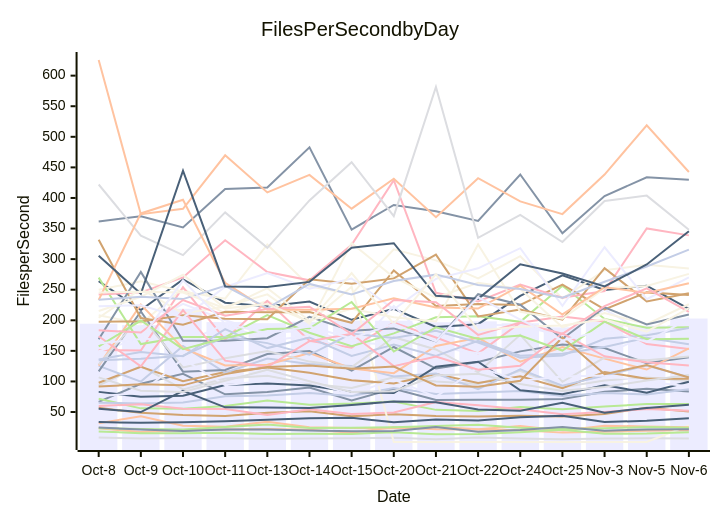
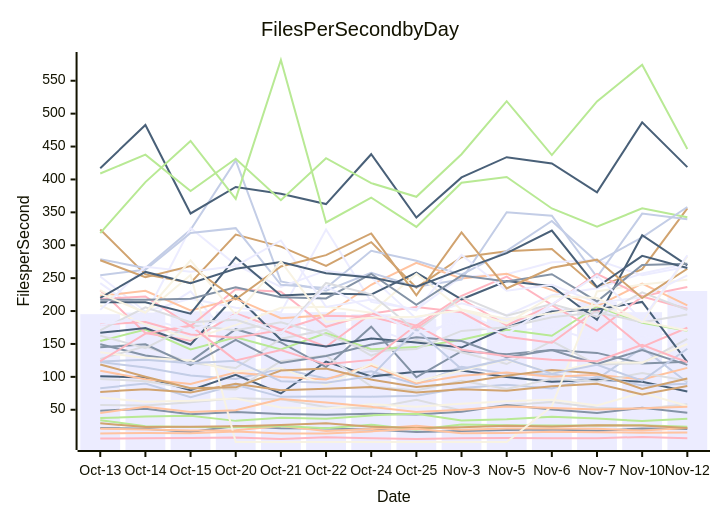
The diagram in perf-report.md (streetsidesoftware/cspell), drawn with Mermaid before and after one commit. The commit also changed other lines of this file and 2 other files, not shown here.

````diff
--- a/perf-report.md
+++ b/perf-report.md
@@ -11,57 +11,57 @@
 ```mermaid
 xychart-beta
     title Files Per Second by Day
     y-axis Files per Second
-    x-axis Date [Oct-8, Oct-9, Oct-10, Oct-11, Oct-13, Oct-14, Oct-15, Oct-20, Oct-21, Oct-22, Oct-24, Oct-25, Nov-3, Nov-5, Nov-6]
-    bar [194.39, 192.05, 218.83, 197.10, 195.24, 197.65, 199.65, 199.37, 196.79, 198.31, 195.08, 188.50, 197.53, 191.30, 202.86]
-    line [66.65, 96.25, 112.51, 78.91, 82.77, 89.92, 69.05, 88.06, 69.61, 70.25, 69.88, 71.42, 83.10, 87.87, 83.44]
-    line [23.58, 17.31, 20.37, 21.44, 22.38, 20.97, 16.04, 25.16, 22.03, 21.51, 20.05, 16.33, 17.58, 19.22, 20.03]
-    line [8.18, 6.76, 7.44, 7.30, 6.32, 6.65, 7.26, 7.96, 5.55, 8.36, 6.66, 5.63, 6.55, 6.95, 6.86]
-    line [71.61, 56.00, 55.29, 59.99, 68.80, 62.02, 63.75, 67.15, 53.54, 51.87, 58.31, 54.40, 59.05, 63.00, 62.96]
-    line [56.81, 48.66, 45.19, 43.33, 48.66, 51.39, 43.09, 46.53, 43.54, 42.59, 43.99, 42.66, 46.86, 57.12, 50.91]
-    line [65.37, 64.09, 65.74, 75.83, 77.12, 81.28, 76.22, 89.41, 79.60, 82.04, 84.51, 76.34, 81.22, 78.86, 87.10]
-    line [59.94, 62.62, 55.56, 54.77, 45.21, 54.60, 46.67, 49.27, 66.25, 61.14, 54.40, 46.46, 50.11, 54.79, 52.14]
-    line [264.14, 216.71, 266.75, 228.80, 223.08, 230.72, 200.81, 218.77, 189.13, 193.68, 239.98, 273.35, 249.43, 256.58, 218.78]
-    line [208.25, 194.51, 251.63, 210.60, 231.31, 197.08, 254.89, 1.00, 1.00, 1.00, 1.00, 1.00, 1.00, 1.00, 28.15]
-    line [174.97, 189.16, 226.87, 200.18, 179.39, 183.41, 164.40, 159.49, 171.10, 192.78, 191.37, 174.29, 217.96, 178.42, 200.93]
-    line [361.47, 370.09, 351.86, 414.54, 417.07, 482.80, 348.28, 388.55, 378.31, 362.57, 438.35, 342.13, 403.12, 433.88, 429.92]
-    line [31.76, 42.94, 27.61, 25.97, 34.21, 25.09, 23.71, 23.43, 25.33, 21.92, 27.33, 19.75, 27.62, 26.37, 24.93]
-    line [93.63, 125.18, 87.00, 104.77, 109.42, 96.45, 89.22, 106.77, 99.95, 95.97, 117.43, 90.38, 101.68, 106.46, 100.86]
-    line [18.14, 15.49, 15.23, 15.94, 13.89, 14.53, 14.11, 17.05, 13.85, 14.03, 17.10, 21.05, 14.31, 14.75, 16.96]
-    line [97.90, 123.96, 100.36, 115.55, 122.73, 114.09, 102.09, 96.85, 112.31, 97.68, 108.35, 88.82, 115.43, 104.61, 104.26]
-    line [125.48, 99.76, 158.05, 114.31, 137.32, 128.51, 125.12, 108.27, 113.06, 87.44, 119.66, 93.04, 109.58, 126.12, 106.88]
-    line [151.43, 150.43, 254.02, 168.57, 231.71, 166.56, 155.07, 196.36, 171.90, 145.85, 195.93, 206.22, 198.17, 161.08, 153.13]
-    line [55.18, 49.90, 84.72, 57.64, 57.38, 56.41, 61.33, 67.41, 66.13, 54.31, 52.03, 65.25, 49.02, 56.78, 61.77]
-    line [249.77, 263.65, 247.10, 235.41, 323.97, 255.64, 242.67, 316.16, 297.94, 268.60, 304.78, 235.63, 281.78, 290.77, 284.75]
-    line [149.45, 170.98, 162.38, 193.61, 167.04, 174.22, 149.10, 223.58, 156.27, 146.04, 158.31, 152.20, 144.51, 175.00, 203.83]
-    line [116.53, 214.42, 116.00, 118.77, 144.83, 149.59, 117.74, 156.35, 121.08, 131.79, 149.18, 160.21, 154.52, 129.77, 139.45]
-    line [125.79, 225.70, 154.24, 126.07, 127.29, 146.49, 121.12, 113.50, 158.05, 171.36, 132.38, 156.15, 137.28, 119.47, 154.01]
-    line [127.97, 206.50, 122.84, 138.06, 149.67, 132.46, 123.48, 172.40, 152.34, 114.90, 176.25, 99.39, 139.03, 134.52, 140.73]
-    line [269.72, 161.18, 172.81, 172.65, 208.47, 179.72, 157.56, 178.54, 204.92, 206.57, 197.43, 256.60, 202.25, 187.81, 188.63]
-    line [331.74, 203.63, 192.81, 213.97, 213.28, 213.47, 195.94, 281.48, 223.48, 226.53, 225.12, 258.41, 217.89, 245.63, 241.33]
-    line [136.07, 148.26, 141.19, 185.69, 154.55, 171.82, 141.67, 160.22, 141.81, 166.38, 141.94, 145.19, 156.42, 171.45, 160.90]
-    line [242.23, 245.65, 270.12, 330.98, 278.79, 265.30, 323.42, 429.01, 245.01, 230.93, 258.25, 236.94, 247.84, 350.22, 338.85]
-    line [82.95, 74.90, 76.80, 94.05, 96.82, 93.39, 82.69, 80.94, 123.93, 132.34, 85.53, 79.17, 93.87, 81.75, 99.37]
-    line [204.22, 251.15, 211.26, 222.05, 242.35, 194.13, 326.19, 270.15, 236.87, 261.40, 251.33, 188.47, 211.71, 193.66, 226.20]
-    line [75.86, 81.29, 136.91, 94.03, 101.02, 99.02, 79.59, 103.01, 74.73, 123.30, 100.60, 107.93, 109.66, 99.65, 92.26]
-    line [168.97, 278.92, 166.54, 166.53, 170.79, 205.75, 183.07, 186.73, 165.39, 242.72, 225.43, 169.80, 221.29, 193.06, 209.38]
-    line [625.58, 373.38, 382.28, 469.75, 409.07, 437.77, 382.49, 431.43, 368.45, 432.30, 394.44, 373.62, 438.31, 518.91, 442.46]
-    line [422.03, 338.21, 306.48, 376.46, 318.53, 395.99, 458.46, 370.45, 581.53, 334.74, 372.46, 327.93, 394.96, 403.82, 348.17]
-    line [23.35, 22.45, 21.51, 25.71, 29.42, 23.92, 24.25, 24.95, 26.96, 29.32, 24.14, 22.37, 23.30, 25.53, 24.17]
-    line [197.76, 198.13, 208.30, 202.68, 201.79, 267.21, 259.65, 268.53, 307.28, 206.33, 217.49, 201.10, 285.18, 230.89, 244.22]
-    line [134.65, 137.28, 142.04, 172.94, 162.65, 143.57, 178.30, 170.91, 182.97, 163.77, 138.75, 142.39, 169.82, 175.50, 187.51]
-    line [173.95, 124.58, 216.72, 133.97, 123.87, 165.74, 177.89, 125.02, 140.68, 119.01, 125.81, 178.69, 141.07, 131.24, 126.04]
-    line [33.57, 32.29, 33.27, 34.79, 37.33, 39.68, 40.77, 33.11, 37.81, 36.24, 41.43, 44.03, 33.69, 35.67, 39.83]
-    line [215.08, 238.25, 274.47, 219.66, 252.51, 199.34, 218.85, 204.99, 197.92, 323.88, 213.93, 202.52, 252.23, 256.11, 275.88]
-    line [222.78, 224.66, 204.36, 254.42, 277.26, 251.58, 268.24, 217.93, 267.67, 285.04, 317.95, 223.78, 319.42, 234.42, 270.31]
-    line [24.57, 21.27, 19.07, 21.50, 21.24, 19.97, 18.63, 18.81, 25.32, 17.74, 20.58, 25.51, 19.46, 21.60, 21.82]
-    line [233.16, 374.71, 397.16, 261.34, 217.24, 217.08, 218.73, 236.08, 220.88, 219.16, 256.62, 209.53, 254.06, 244.83, 260.43]
-    line [106.68, 84.76, 82.82, 101.29, 118.90, 100.19, 82.72, 84.05, 109.59, 112.56, 95.92, 84.60, 91.01, 101.64, 110.67]
-    line [157.39, 199.58, 152.82, 170.97, 185.75, 186.96, 229.89, 148.98, 188.53, 169.56, 175.04, 150.51, 197.71, 169.15, 169.91]
-    line [91.76, 95.32, 93.61, 112.00, 123.43, 125.94, 120.60, 124.47, 93.34, 91.16, 101.08, 171.93, 111.86, 126.91, 106.59]
-    line [233.40, 238.56, 234.64, 256.33, 219.99, 259.48, 242.38, 264.24, 274.64, 257.62, 251.09, 236.85, 262.94, 287.92, 315.55]
-    line [183.70, 179.89, 233.14, 207.50, 218.41, 222.25, 177.43, 233.06, 229.37, 176.10, 196.37, 177.90, 223.12, 252.36, 213.65]
-    line [305.64, 243.36, 444.70, 255.37, 254.42, 262.77, 318.79, 326.00, 239.93, 235.04, 291.68, 276.40, 255.29, 291.36, 345.44]
-    line [245.51, 246.82, 245.36, 219.50, 226.50, 197.43, 277.21, 193.99, 275.35, 183.43, 189.64, 191.38, 201.59, 181.36, 220.08]
-    line [162.12, 169.35, 265.31, 194.05, 178.95, 189.91, 170.29, 194.31, 165.66, 237.49, 201.27, 167.00, 183.56, 164.82, 202.88]
+    x-axis Date [Oct-13, Oct-14, Oct-15, Oct-20, Oct-21, Oct-22, Oct-24, Oct-25, Nov-3, Nov-5, Nov-6, Nov-7, Nov-10, Nov-12]
+    bar [195.24, 197.65, 199.65, 199.37, 196.79, 198.31, 195.08, 188.50, 197.53, 191.30, 204.37, 213.67, 198.26, 230.40]
+    line [22.38, 20.97, 16.04, 25.16, 22.03, 21.51, 20.05, 16.33, 17.58, 19.22, 19.85, 18.09, 21.66, 20.58]
+    line [21.24, 19.97, 18.63, 18.81, 25.32, 17.74, 20.58, 25.51, 19.46, 21.60, 21.45, 21.30, 18.35, 22.11]
+    line [57.38, 56.41, 61.33, 67.41, 66.13, 54.31, 52.03, 65.25, 49.02, 56.78, 61.66, 53.00, 51.36, 58.55]
+    line [34.21, 25.09, 23.71, 23.43, 25.33, 21.92, 27.33, 19.75, 27.62, 26.37, 26.13, 26.22, 26.38, 24.29]
+    line [29.42, 23.92, 24.25, 24.95, 26.96, 29.32, 24.14, 22.37, 23.30, 25.53, 24.38, 26.29, 26.08, 22.10]
+    line [122.73, 114.09, 102.09, 96.85, 112.31, 97.68, 108.35, 88.82, 115.43, 104.61, 103.62, 96.31, 144.08, 91.50]
+    line [6.32, 6.65, 7.26, 7.96, 5.55, 8.36, 6.66, 5.63, 6.55, 6.95, 6.80, 6.70, 8.74, 6.69]
+    line [101.02, 99.02, 79.59, 103.01, 74.73, 123.30, 100.60, 107.93, 109.66, 99.65, 92.58, 95.73, 92.52, 77.66]
+    line [68.80, 62.02, 63.75, 67.15, 53.54, 51.87, 58.31, 54.40, 59.05, 63.00, 65.34, 56.44, 75.90, 55.76]
+    line [185.75, 186.96, 229.89, 148.98, 188.53, 169.56, 175.04, 150.51, 197.71, 169.15, 174.81, 153.55, 160.37, 169.74]
+    line [149.67, 132.46, 123.48, 172.40, 152.34, 114.90, 176.25, 99.39, 139.03, 134.52, 140.79, 136.42, 120.17, 122.99]
+    line [109.42, 96.45, 89.22, 106.77, 99.95, 95.97, 117.43, 90.38, 101.68, 106.46, 99.98, 103.28, 96.07, 113.68]
+    line [127.29, 146.49, 121.12, 113.50, 158.05, 171.36, 132.38, 156.15, 137.28, 119.47, 154.44, 118.56, 120.82, 157.76]
+    line [154.55, 171.82, 141.67, 160.22, 141.81, 166.38, 141.94, 145.19, 156.42, 171.45, 162.38, 206.93, 182.01, 169.88]
+    line [323.97, 255.64, 242.67, 316.16, 297.94, 268.60, 304.78, 235.63, 281.78, 290.77, 294.19, 235.16, 263.73, 355.96]
+    line [82.77, 89.92, 69.05, 88.06, 69.61, 70.25, 69.88, 71.42, 83.10, 87.87, 82.40, 100.31, 86.94, 89.65]
+    line [231.71, 166.56, 155.07, 196.36, 171.90, 145.85, 195.93, 206.22, 198.17, 161.08, 151.81, 202.09, 145.44, 174.57]
+    line [167.04, 174.22, 149.10, 223.58, 156.27, 146.04, 158.31, 152.20, 144.51, 175.00, 199.16, 202.30, 213.91, 122.36]
+    line [137.32, 128.51, 125.12, 108.27, 113.06, 87.44, 119.66, 93.04, 109.58, 126.12, 106.10, 121.67, 121.71, 149.98]
+    line [252.51, 199.34, 218.85, 204.99, 197.92, 323.88, 213.93, 202.52, 252.23, 256.11, 274.23, 277.54, 254.29, 267.48]
+    line [48.66, 51.39, 43.09, 46.53, 43.54, 42.59, 43.99, 42.66, 46.86, 57.12, 50.26, 44.96, 52.89, 45.52]
+    line [223.08, 230.72, 200.81, 218.77, 189.13, 193.68, 239.98, 273.35, 249.43, 256.58, 231.73, 207.54, 241.66, 208.61]
+    line [96.82, 93.39, 82.69, 80.94, 123.93, 132.34, 85.53, 79.17, 93.87, 81.75, 97.21, 92.97, 105.80, 94.20]
+    line [37.33, 39.68, 40.77, 33.11, 37.81, 36.24, 41.43, 44.03, 33.69, 35.67, 39.33, 36.78, 32.79, 36.48]
+    line [77.12, 81.28, 76.22, 89.41, 79.60, 82.04, 84.51, 76.34, 81.22, 78.86, 85.82, 89.51, 73.32, 86.10]
+    line [278.79, 265.30, 323.42, 429.01, 245.01, 230.93, 258.25, 236.94, 247.84, 350.22, 344.89, 251.52, 348.16, 339.35]
+    line [179.39, 183.41, 164.40, 159.49, 171.10, 192.78, 191.37, 174.29, 217.96, 178.42, 209.10, 170.02, 221.91, 203.60]
+    line [417.07, 482.80, 348.28, 388.55, 378.31, 362.57, 438.35, 342.13, 403.12, 433.88, 424.28, 380.40, 486.76, 418.77]
+    line [231.31, 197.08, 254.89, 1.00, 1.00, 1.00, 1.00, 1.00, 1.00, 1.00, 55.24, 229.88, 240.51, 247.56]
+    line [242.35, 194.13, 326.19, 270.15, 236.87, 261.40, 251.33, 188.47, 211.71, 193.66, 223.97, 234.72, 257.12, 272.03]
+    line [144.83, 149.59, 117.74, 156.35, 121.08, 131.79, 149.18, 160.21, 154.52, 129.77, 140.65, 119.71, 140.68, 118.14]
+    line [45.21, 54.60, 46.67, 49.27, 66.25, 61.14, 54.40, 46.46, 50.11, 54.79, 52.56, 50.32, 52.20, 54.39]
+    line [162.65, 143.57, 178.30, 170.91, 182.97, 163.77, 138.75, 142.39, 169.82, 175.50, 190.52, 198.14, 183.09, 194.87]
+    line [318.53, 395.99, 458.46, 370.45, 581.53, 334.74, 372.46, 327.93, 394.96, 403.82, 355.89, 328.31, 356.02, 342.48]
+    line [118.90, 100.19, 82.72, 84.05, 109.59, 112.56, 95.92, 84.60, 91.01, 101.64, 110.52, 105.15, 81.62, 97.55]
+    line [254.42, 262.77, 318.79, 326.00, 239.93, 235.04, 291.68, 276.40, 255.29, 291.36, 336.81, 274.44, 312.01, 358.16]
+    line [218.41, 222.25, 177.43, 233.06, 229.37, 176.10, 196.37, 177.90, 223.12, 252.36, 209.33, 256.35, 222.55, 236.67]
+    line [213.28, 213.47, 195.94, 281.48, 223.48, 226.53, 225.12, 258.41, 217.89, 245.63, 237.62, 186.76, 315.24, 269.38]
+    line [208.47, 179.72, 157.56, 178.54, 204.92, 206.57, 197.43, 256.60, 202.25, 187.81, 196.52, 208.74, 184.16, 170.43]
+    line [201.79, 267.21, 259.65, 268.53, 307.28, 206.33, 217.49, 201.10, 285.18, 230.89, 239.86, 212.69, 220.64, 254.17]
+    line [217.24, 217.08, 218.73, 236.08, 220.88, 219.16, 256.62, 209.53, 254.06, 244.83, 256.05, 214.61, 270.08, 272.05]
+    line [13.89, 14.53, 14.11, 17.05, 13.85, 14.03, 17.10, 21.05, 14.31, 14.75, 16.57, 15.81, 15.06, 15.37]
+    line [170.79, 205.75, 183.07, 186.73, 165.39, 242.72, 225.43, 169.80, 221.29, 193.06, 210.68, 191.30, 228.42, 201.68]
+    line [409.07, 437.77, 382.49, 431.43, 368.45, 432.30, 394.44, 373.62, 438.31, 518.91, 437.11, 518.64, 574.29, 446.20]
+    line [277.26, 251.58, 268.24, 217.93, 267.67, 285.04, 317.95, 223.78, 319.42, 234.42, 265.85, 278.09, 219.92, 264.24]
+    line [123.43, 125.94, 120.60, 124.47, 93.34, 91.16, 101.08, 171.93, 111.86, 126.91, 104.86, 118.31, 94.15, 142.66]
+    line [123.87, 165.74, 177.89, 125.02, 140.68, 119.01, 125.81, 178.69, 141.07, 131.24, 125.88, 123.88, 148.80, 122.28]
+    line [219.99, 259.48, 242.38, 264.24, 274.64, 257.62, 251.09, 236.85, 262.94, 287.92, 322.31, 236.45, 283.86, 265.36]
+    line [226.50, 197.43, 277.21, 193.99, 275.35, 183.43, 189.64, 191.38, 201.59, 181.36, 222.61, 220.01, 183.65, 282.93]
+    line [178.95, 189.91, 170.29, 194.31, 165.66, 237.49, 201.27, 167.00, 183.56, 164.82, 210.07, 254.11, 186.18, 284.86]
 ```
````
